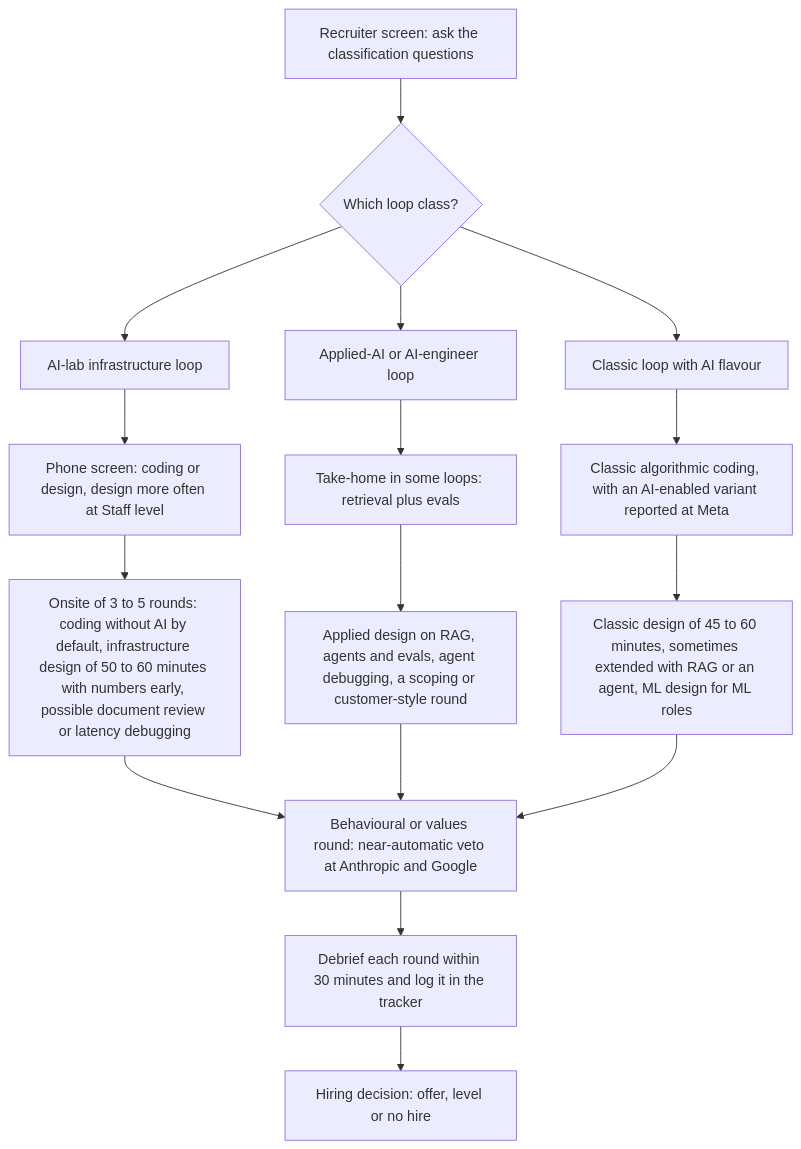
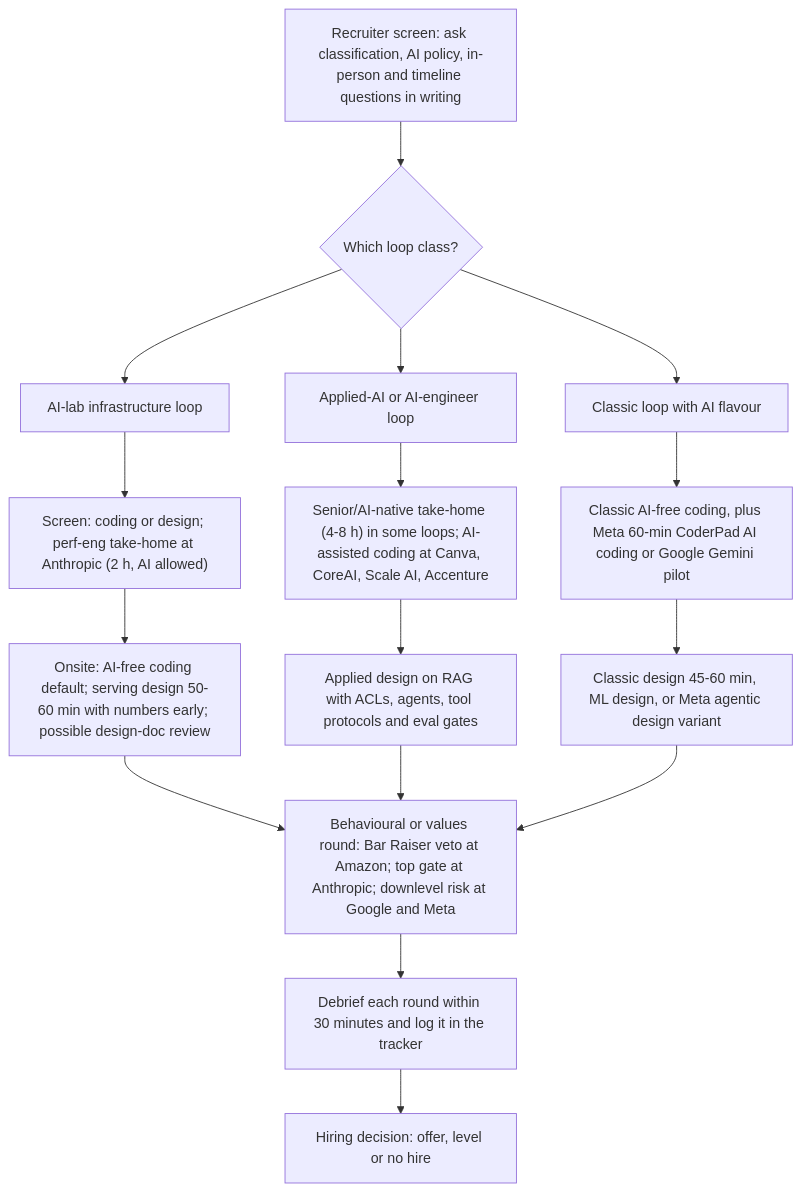
Before and after one commit to bhaskarjha-dev/genai-career: the diagram in career/08-interviewing/interview-loops.md, drawn with Mermaid. The commit also changed other lines of this file and 7 other files, not shown here.

````diff
--- a/career/08-interviewing/interview-loops.md
+++ b/career/08-interviewing/interview-loops.md
@@ -33,18 +33,18 @@
 ```mermaid
 flowchart TD
-    A["Recruiter screen: ask the classification questions"] --> B{"Which loop class?"}
+    A["Recruiter screen: ask classification, AI policy, in-person and timeline questions in writing"] --> B{"Which loop class?"}
     B --> C["AI-lab infrastructure loop"]
     B --> D["Applied-AI or AI-engineer loop"]
     B --> E["Classic loop with AI flavour"]
-    C --> C1["Phone screen: coding or design, design more often at Staff level"]
-    C1 --> C2["Onsite of 3 to 5 rounds: coding without AI by default, infrastructure design of 50 to 60 minutes with numbers early, possible document review or latency debugging"]
-    D --> D1["Take-home in some loops: retrieval plus evals"]
-    D1 --> D2["Applied design on RAG, agents and evals, agent debugging, a scoping or customer-style round"]
-    E --> E1["Classic algorithmic coding, with an AI-enabled variant reported at Meta"]
-    E1 --> E2["Classic design of 45 to 60 minutes, sometimes extended with RAG or an agent, ML design for ML roles"]
-    C2 --> F["Behavioural or values round: near-automatic veto at Anthropic and Google"]
+    C --> C1["Screen: coding or design; perf-eng take-home at Anthropic (2 h, AI allowed)"]
+    C1 --> C2["Onsite: AI-free coding default; serving design 50-60 min with numbers early; possible design-doc review"]
+    D --> D1["Senior/AI-native take-home (4-8 h) in some loops; AI-assisted coding at Canva, CoreAI, Scale AI, Accenture"]
+    D1 --> D2["Applied design on RAG with ACLs, agents, tool protocols and eval gates"]
+    E --> E1["Classic AI-free coding, plus Meta 60-min CoderPad AI coding or Google Gemini pilot"]
+    E1 --> E2["Classic design 45-60 min, ML design, or Meta agentic design variant"]
+    C2 --> F["Behavioural or values round: Bar Raiser veto at Amazon; top gate at Anthropic; downlevel risk at Google and Meta"]
     D2 --> F
     E2 --> F
     F --> G["Debrief each round within 30 minutes and log it in the tracker"]
     G --> H["Hiring decision: offer, level or no hire"]
 ```
````
